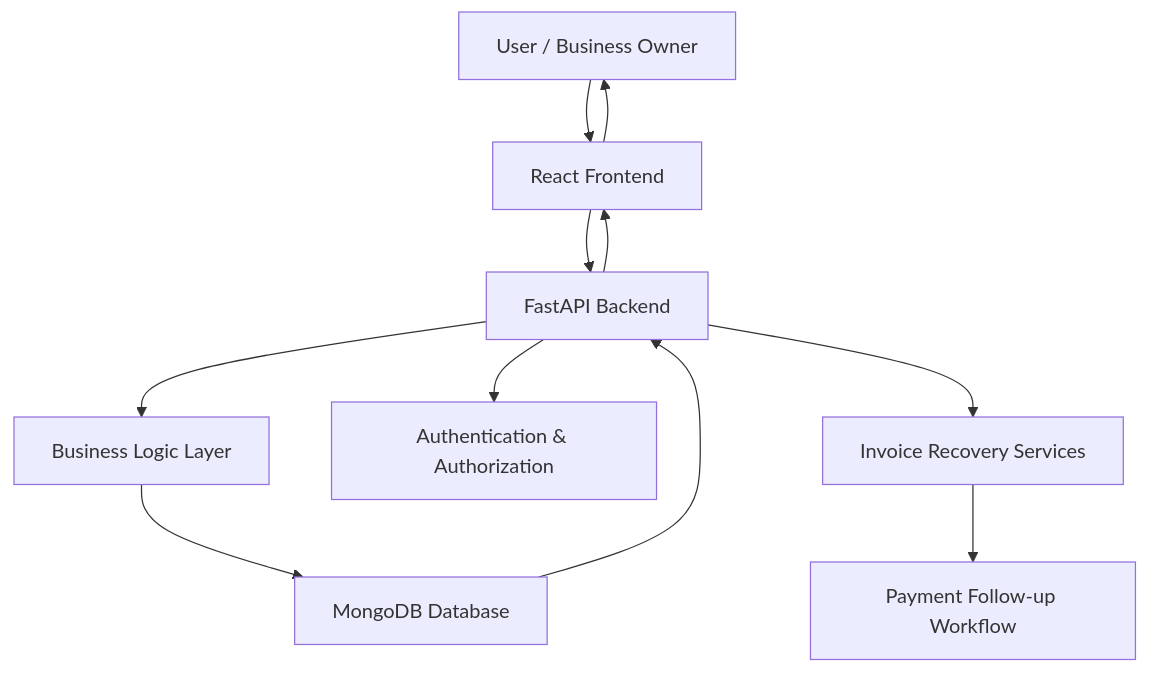
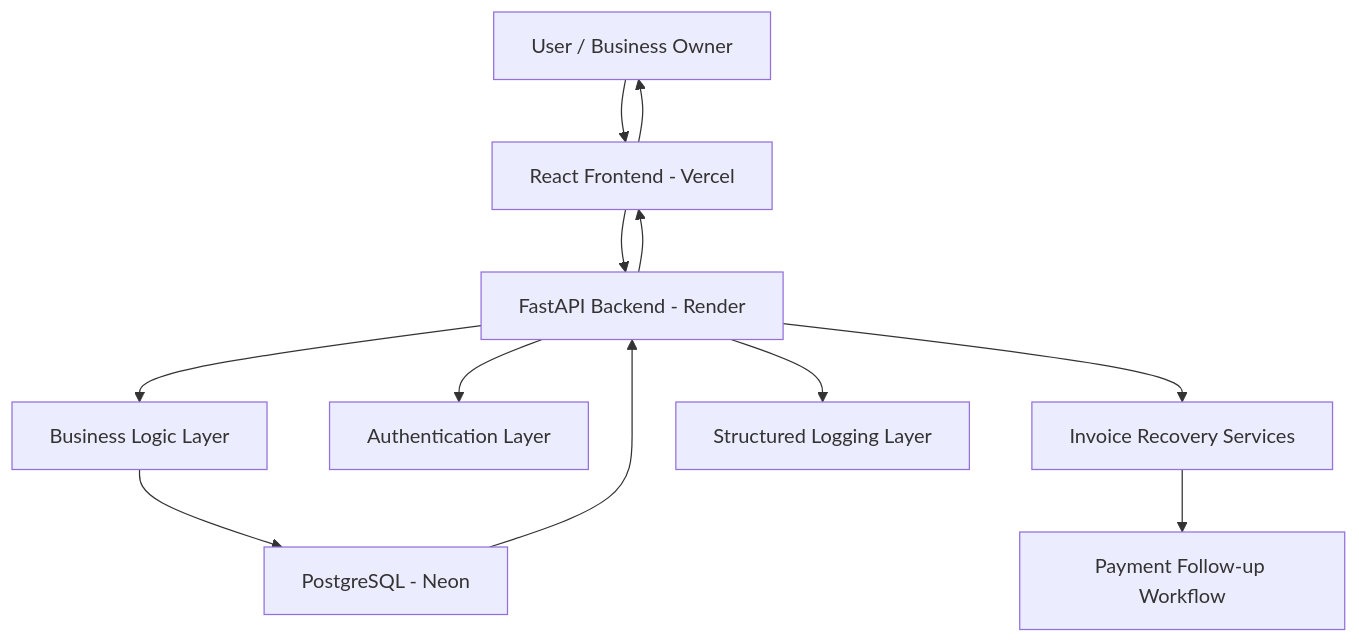
Before and after one commit to KaranPatelDev/PayGuardAI: the diagram in documentation/TECHNICAL_ARCHITECTURE.md, drawn with Mermaid. The commit also changed other lines of this file and 10 other files, not shown here.

First line of the commit message:
Update documentation to reflect migration from MongoDB to PostgreSQL, enhance structured logging details, and clarify deployment architecture

````diff
--- a/documentation/TECHNICAL_ARCHITECTURE.md
+++ b/documentation/TECHNICAL_ARCHITECTURE.md
@@ -6,13 +6,14 @@
 ```mermaid
 flowchart TD
-    A[User / Business Owner] --> B[React Frontend]
-    B --> C[FastAPI Backend]
+    A[User / Business Owner] --> B[React Frontend - Vercel]
+    B --> C[FastAPI Backend - Render]
     C --> D[Business Logic Layer]
-    D --> E[MongoDB Database]
-    C --> F[Authentication & Authorization]
+    D --> E[PostgreSQL - Neon]
+    C --> F[Authentication Layer]
     C --> G[Invoice Recovery Services]
     G --> H[Payment Follow-up Workflow]
+    C --> I[Structured Logging Layer]
     E --> C
     C --> B
     B --> A
 ```
````
